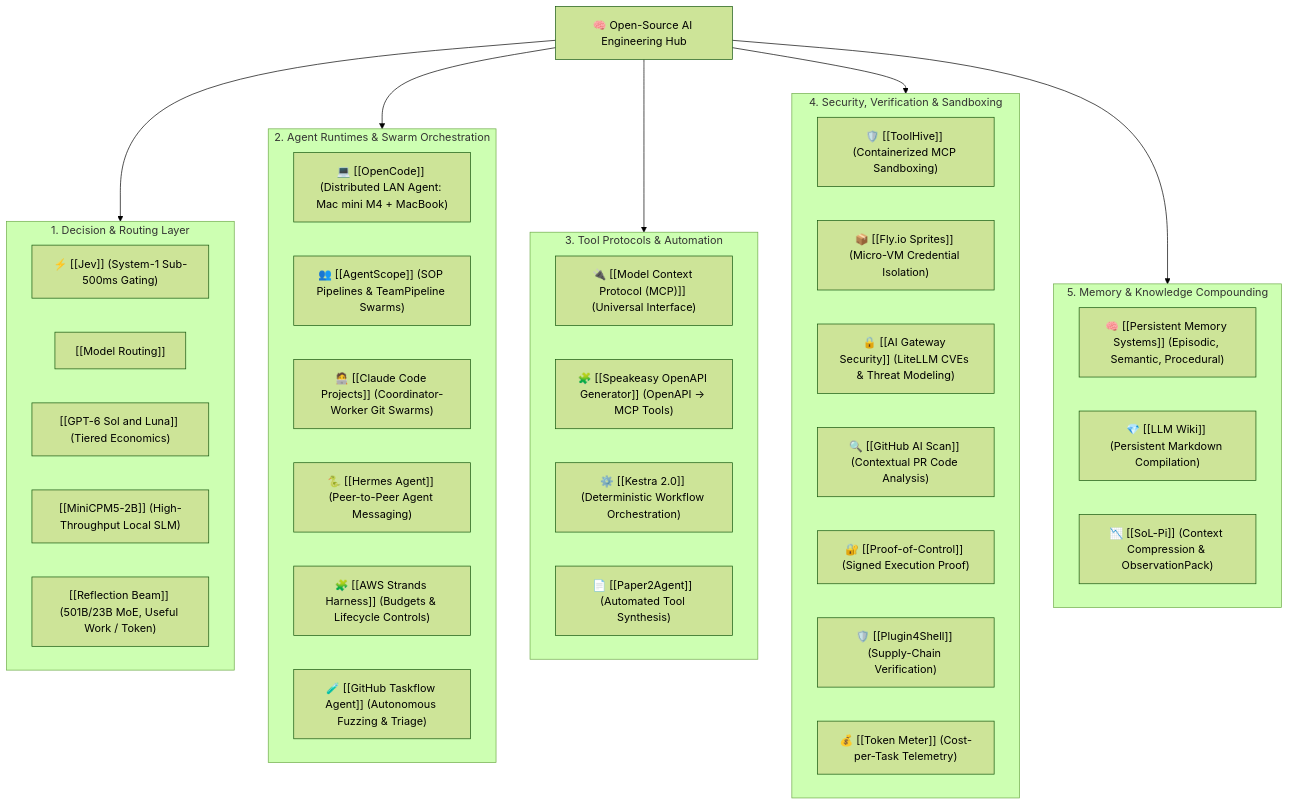
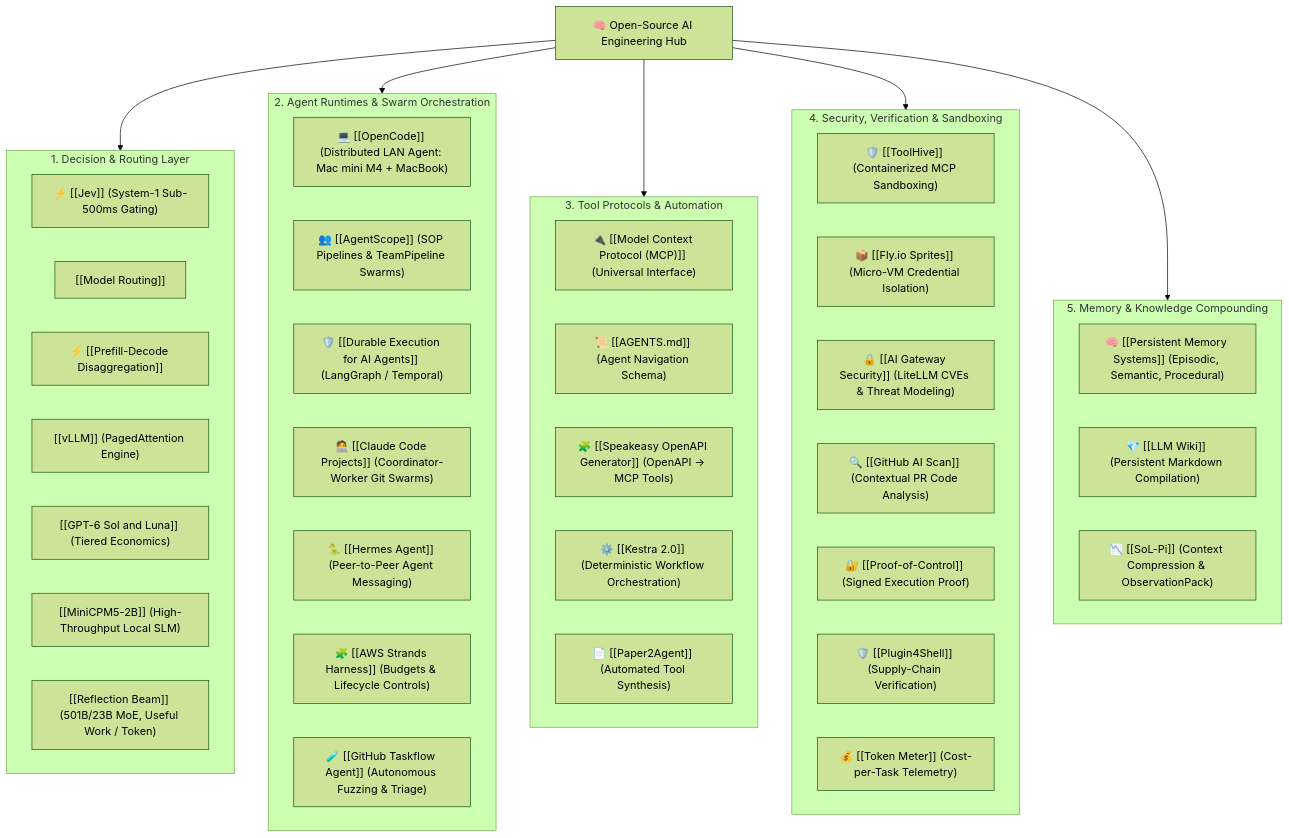
The second of 2 diagrams in README.md (ashishcas/opensourceAI), drawn with Mermaid (forest theme) before and after one commit. The commit also changed other lines of this file and 28 other files, not shown here.

````diff
--- a/README.md
+++ b/README.md
@@ -50,46 +50,50 @@
 ```mermaid
 flowchart TD
     Hub["🧠 Open-Source AI Engineering Hub"]
     
     subgraph DecisionPlane ["1. Decision & Routing Layer"]
         Jev["⚡ [[Jev]] (System-1 Sub-500ms Gating)"]
         Router["[[Model Routing]]"]
+        PD["⚡ [[Prefill-Decode Disaggregation]]"]
+        vLLM["[[vLLM]] (PagedAttention Engine)"]
         SolLuna["[[GPT-6 Sol and Luna]] (Tiered Economics)"]
         MiniCPM["[[MiniCPM5-2B]] (High-Throughput Local SLM)"]
         Beam["[[Reflection Beam]] (501B/23B MoE, Useful Work / Token)"]
     end
 
     subgraph RuntimePlane ["2. Agent Runtimes & Swarm Orchestration"]
         OpenCode["💻 [[OpenCode]] (Distributed LAN Agent: Mac mini M4 + MacBook)"]
         AgentScope["👥 [[AgentScope]] (SOP Pipelines & TeamPipeline Swarms)"]
+        Durable["🛡️ [[Durable Execution for AI Agents]] (LangGraph / Temporal)"]
         Claude["🧑‍💻 [[Claude Code Projects]] (Coordinator-Worker Git Swarms)"]
         Hermes["🐍 [[Hermes Agent]] (Peer-to-Peer Agent Messaging)"]
         Strands["🧩 [[AWS Strands Harness]] (Budgets & Lifecycle Controls)"]
         Taskflow["🧪 [[GitHub Taskflow Agent]] (Autonomous Fuzzing & Triage)"]
     end
 
     subgraph ProtocolPlane ["3. Tool Protocols & Automation"]
         MCP["🔌 [[Model Context Protocol (MCP)]] (Universal Interface)"]
+        Agents["📜 [[AGENTS.md]] (Agent Navigation Schema)"]
         Speakeasy["🧩 [[Speakeasy OpenAPI Generator]] (OpenAPI → MCP Tools)"]
         Kestra["⚙️ [[Kestra 2.0]] (Deterministic Workflow Orchestration)"]
         Paper2Agent["📄 [[Paper2Agent]] (Automated Tool Synthesis)"]
     end
 
     subgraph SecurityPlane ["4. Security, Verification & Sandboxing"]
         ToolHive["🛡️ [[ToolHive]] (Containerized MCP Sandboxing)"]
         Sprites["📦 [[Fly.io Sprites]] (Micro-VM Credential Isolation)"]
         AIGateway["🔒 [[AI Gateway Security]] (LiteLLM CVEs & Threat Modeling)"]
         GHScan["🔍 [[GitHub AI Scan]] (Contextual PR Code Analysis)"]
         PoC["🔐 [[Proof-of-Control]] (Signed Execution Proof)"]
         P4S["🛡️ [[Plugin4Shell]] (Supply-Chain Verification)"]
         TokenMeter["💰 [[Token Meter]] (Cost-per-Task Telemetry)"]
     end
 
     subgraph MemoryPlane ["5. Memory & Knowledge Compounding"]
         PMS["🧠 [[Persistent Memory Systems]] (Episodic, Semantic, Procedural)"]
         LLMWiki["💎 [[LLM Wiki]] (Persistent Markdown Compilation)"]
         SolPi["📉 [[SoL-Pi]] (Context Compression & ObservationPack)"]
     end
 
     Hub --> DecisionPlane & RuntimePlane & ProtocolPlane & SecurityPlane & MemoryPlane
 ```
````
